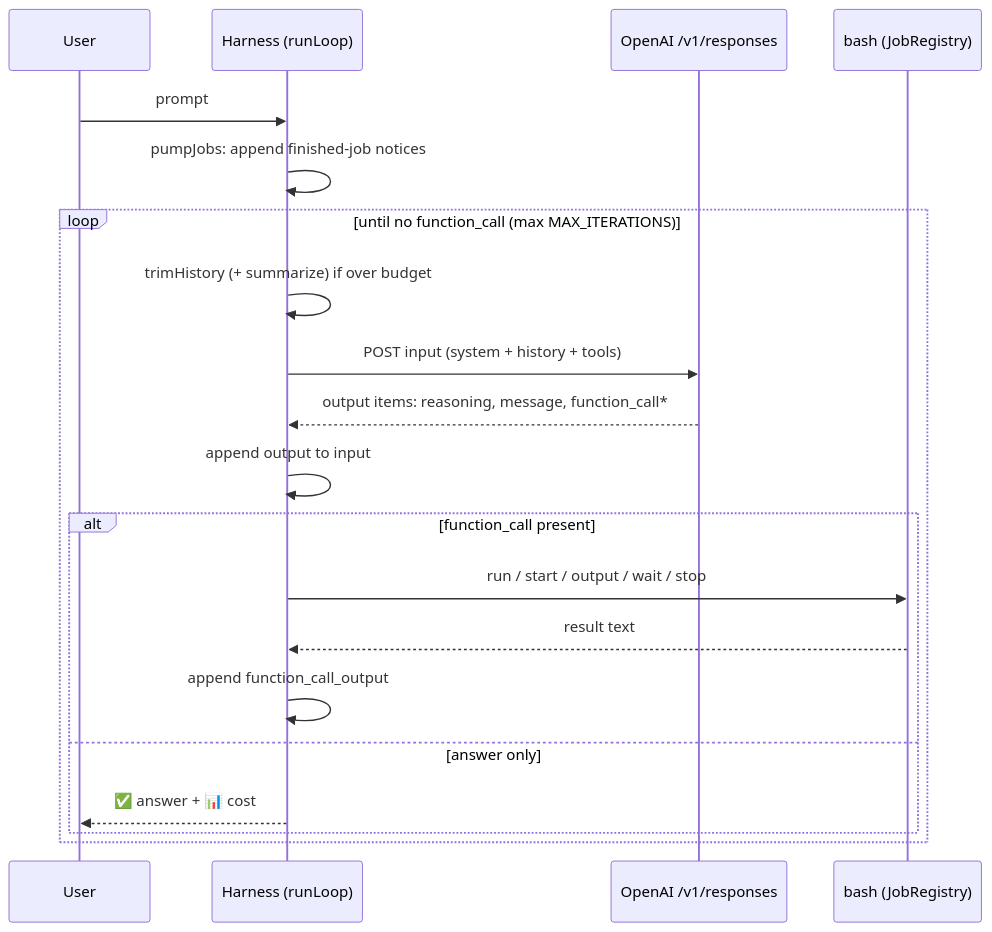
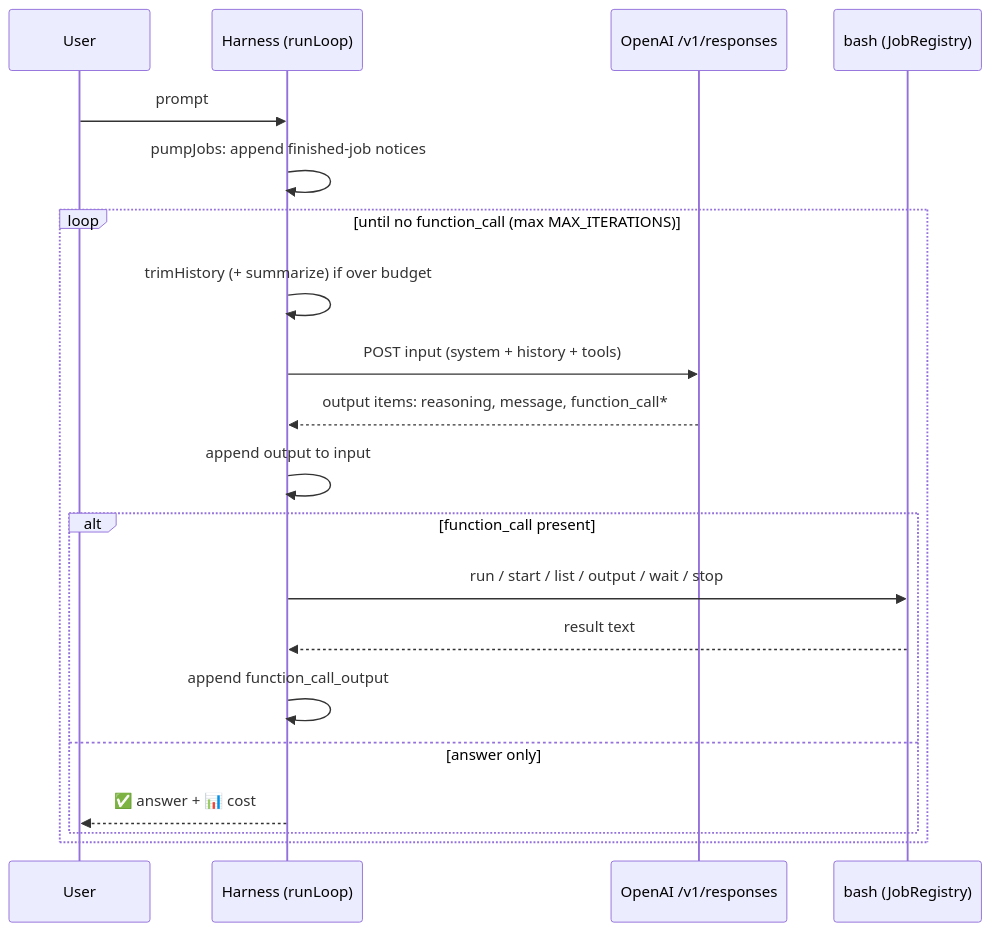
The diagram in README.md (normartin/agent), drawn with Mermaid before and after one commit. The commit also changed other lines of this file and 6 other files, not shown here.

````diff
--- a/README.md
+++ b/README.md
@@ -32,23 +32,23 @@
 ```mermaid
 sequenceDiagram
     participant U as User
     participant H as Harness (runLoop)
     participant A as OpenAI /v1/responses
     participant B as bash (JobRegistry)
 
     U->>H: prompt
     H->>H: pumpJobs: append finished-job notices
     loop until no function_call (max MAX_ITERATIONS)
         H->>H: trimHistory (+ summarize) if over budget
         H->>A: POST input (system + history + tools)
         A-->>H: output items: reasoning, message, function_call*
         H->>H: append output to input
         alt function_call present
-            H->>B: run / start / output / wait / stop
+            H->>B: run / start / list / output / wait / stop
             B-->>H: result text
             H->>H: append function_call_output
         else answer only
             H-->>U: ✅ answer + 📊 cost
         end
     end
 ```
````
